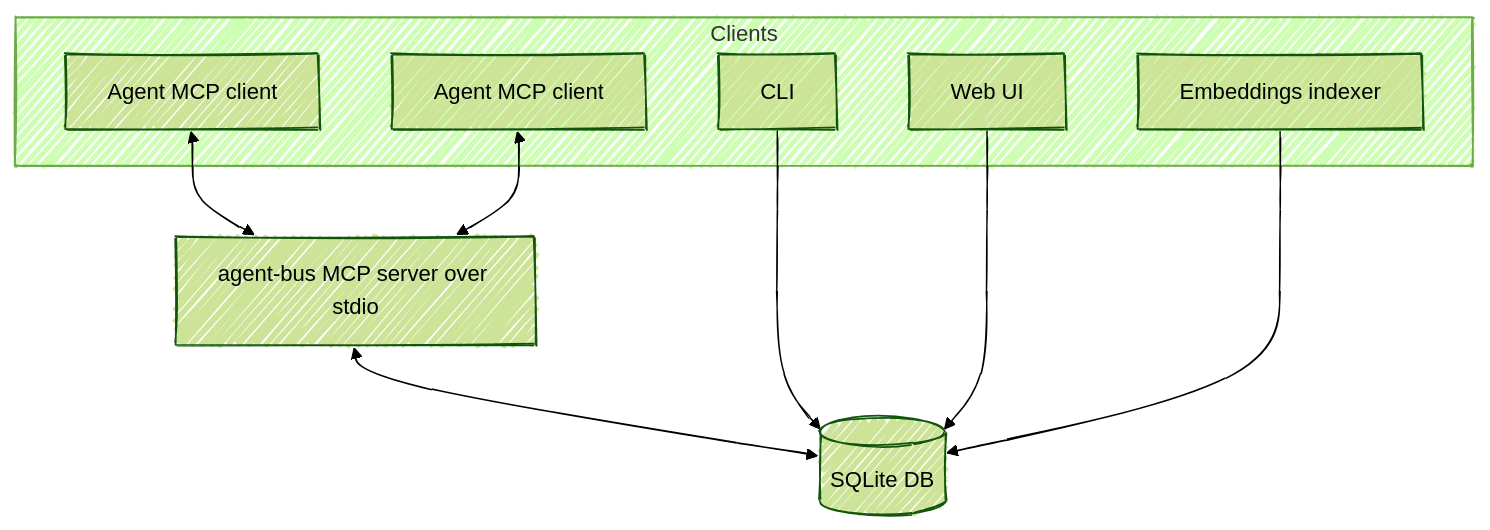
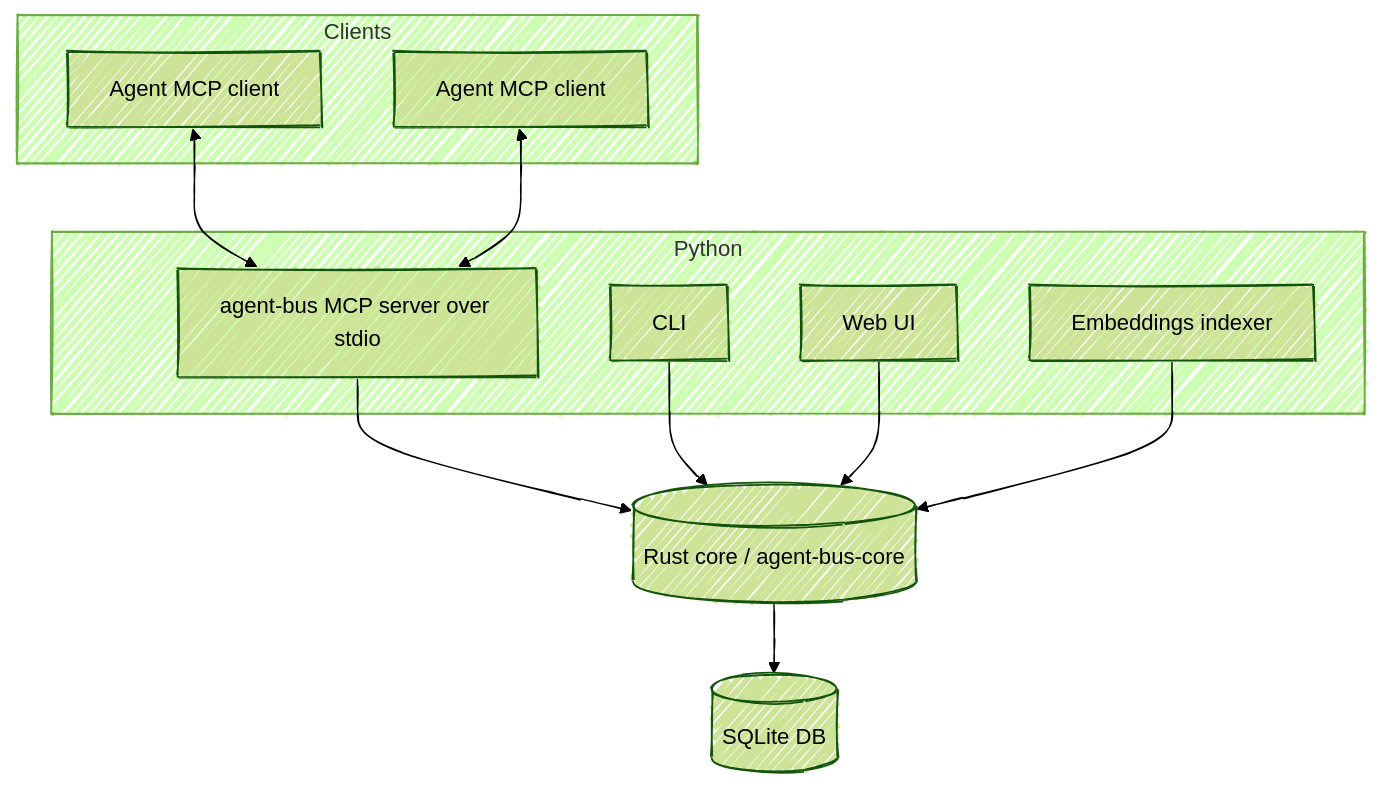
Before and after one commit to alessandrobologna/agent-bus-mcp: the diagram in README.md, drawn with Mermaid (forest theme). The commit also changed other lines of this file and 13 other files, not shown here.

First line of the commit message:
feat: migrate to Rust core (maturin) (#1)

````diff
--- a/README.md
+++ b/README.md
@@ -12,21 +12,26 @@
 ```mermaid
 %%{init: {"look": "handDrawn", "fontFamily": "virgil, excalifont, segoe print, bradley hand, chalkboard se, marker felt, comic sans ms, cursive", "flowchart": {"diagramPadding": 130}, "htmlLabels": true}}%%
 flowchart TB
   subgraph Clients
     A1[Agent MCP client]
     A2[Agent MCP client]
+  end
+
+  subgraph Python
+    BUS[agent-bus MCP server over stdio]
     CLI[CLI]
     WEB[Web UI]
     IDX[Embeddings indexer]
   end
 
-  BUS[agent-bus MCP server over stdio]
+  CORE[(Rust core / agent-bus-core)]
   DB[(SQLite DB)]
 
   A1 <--> BUS
   A2 <--> BUS
-  BUS <--> DB
-  CLI --> DB
-  WEB --> DB
-  IDX --> DB
+  BUS --> CORE
+  CLI --> CORE
+  WEB --> CORE
+  IDX --> CORE
+  CORE --> DB
 ```
````
